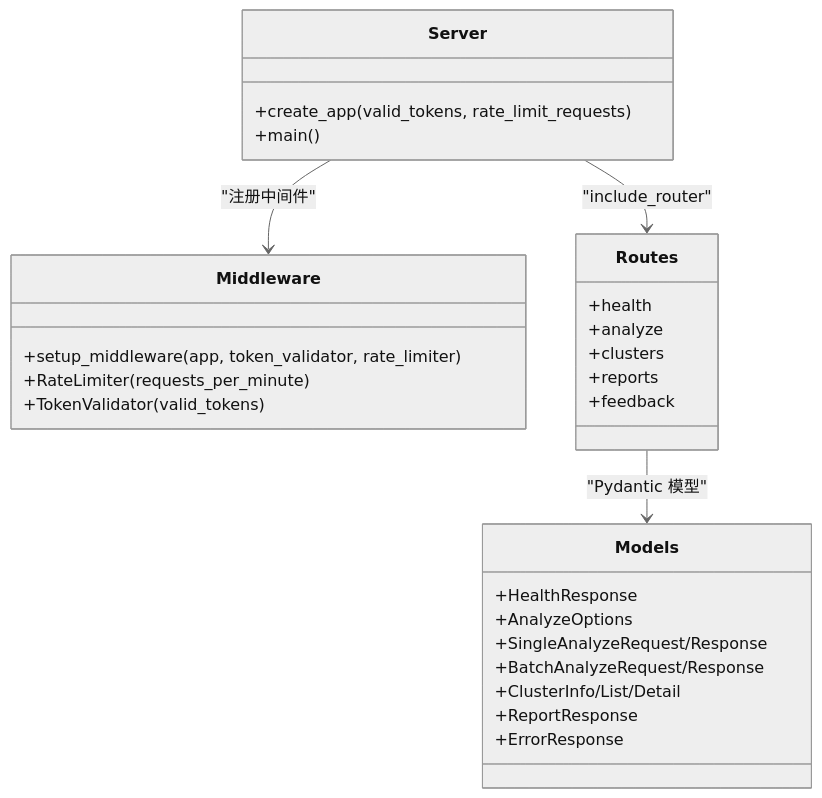
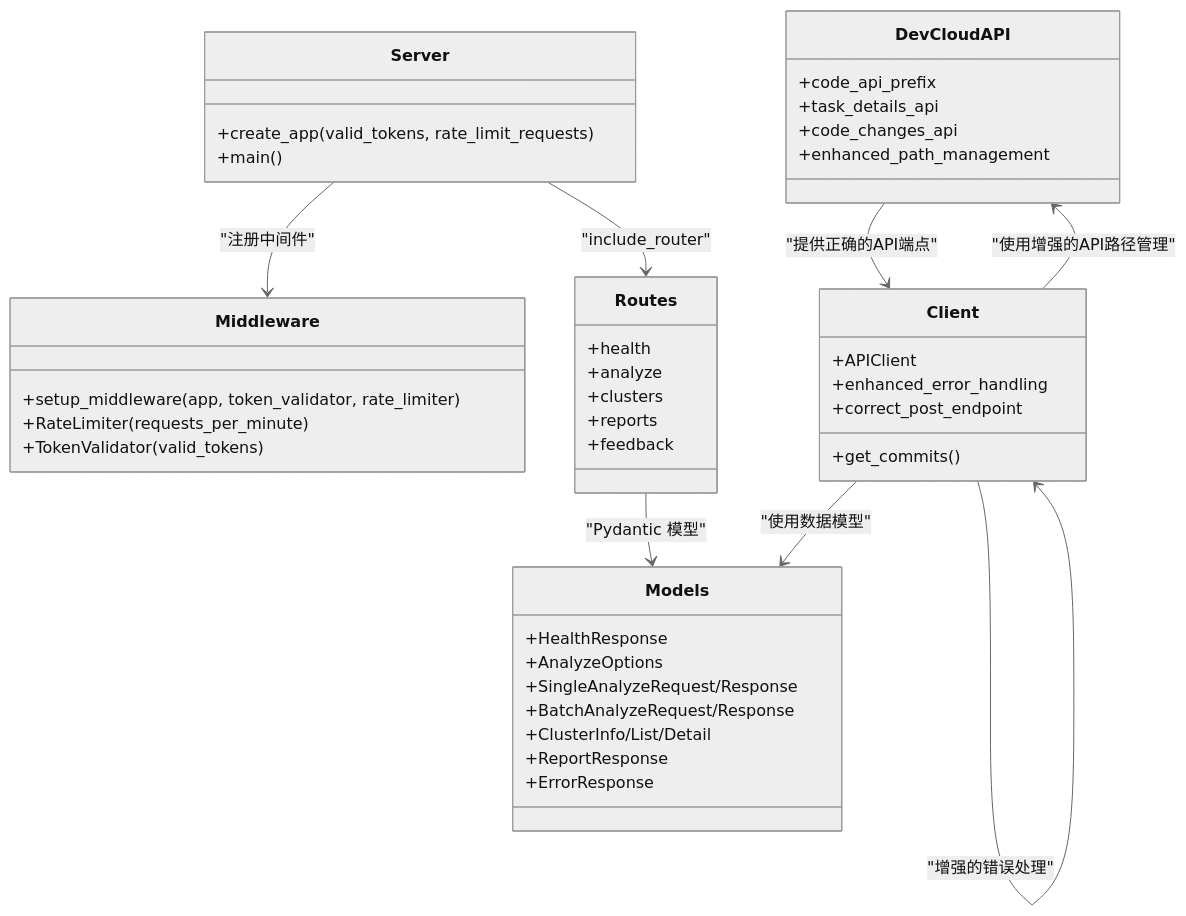
One commit to boyingliu01/fault-review-analyzer changed the fifth of 5 diagrams in .qoder/repowiki/zh/content/API接口文档/API接口文档.md. Above: the diagram before and after it, drawn with Mermaid (neutral theme). The commit also changed other lines of this file and 125 other files, not shown here.

````diff
--- a/.qoder/repowiki/zh/content/API接口文档/API接口文档.md
+++ b/.qoder/repowiki/zh/content/API接口文档/API接口文档.md
@@ -409,31 +585,47 @@
 ```mermaid
 classDiagram
 class Server {
 +create_app(valid_tokens, rate_limit_requests)
 +main()
 }
 class Middleware {
 +setup_middleware(app, token_validator, rate_limiter)
 +RateLimiter(requests_per_minute)
 +TokenValidator(valid_tokens)
 }
 class Routes {
 +health
 +analyze
 +clusters
 +reports
 +feedback
 }
 class Models {
 +HealthResponse
 +AnalyzeOptions
 +SingleAnalyzeRequest/Response
 +BatchAnalyzeRequest/Response
 +ClusterInfo/List/Detail
 +ReportResponse
 +ErrorResponse
 }
+class DevCloudAPI {
++code_api_prefix
++task_details_api
++code_changes_api
++enhanced_path_management
+}
+class Client {
++APIClient
++get_commits()
++enhanced_error_handling
++correct_post_endpoint
+}
 Server --> Middleware : "注册中间件"
 Server --> Routes : "include_router"
 Routes --> Models : "Pydantic 模型"
+Client --> Models : "使用数据模型"
+Client --> Client : "增强的错误处理"
+Client --> DevCloudAPI : "使用增强的API路径管理"
+DevCloudAPI --> Client : "提供正确的API端点"
 ```
````
